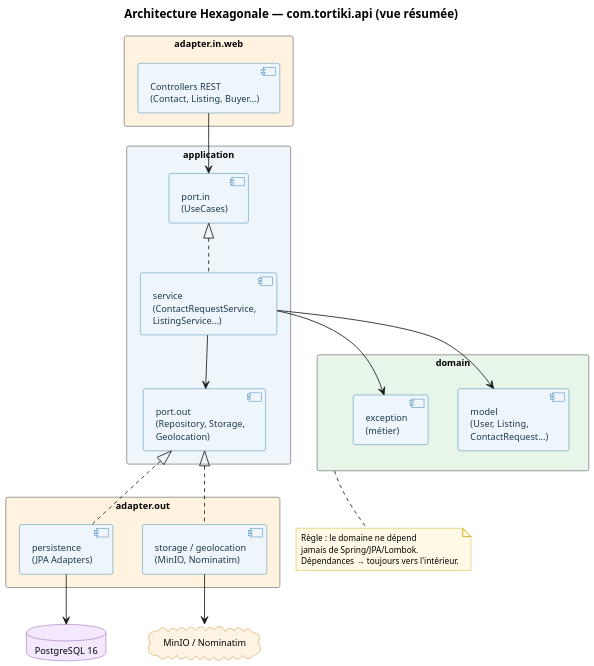
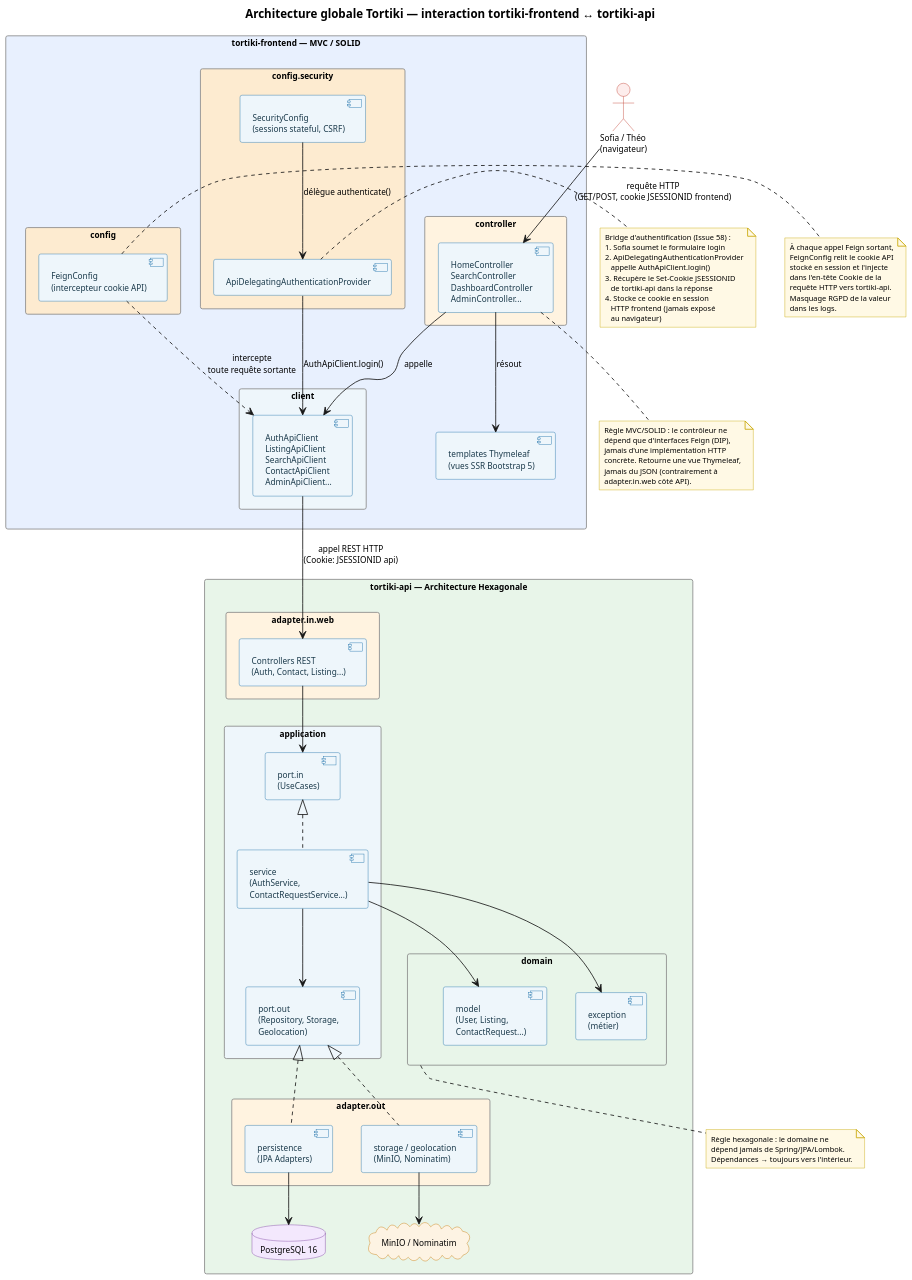
One commit to jferminh/tortiki-api changed the diagram in docs/Architecture_Hexagonale_Tortiki.puml. Above: the diagram before and after it, drawn with PlantUML.

Commit message:
docs(cda): reconstruit le diagramme PlantUML architecture globale
- Renomme Architecture_Hexagonale_Tortiki en Architecture_Globale_Tortiki
- Ajoute package tortiki-frontend (controller, config.security, client,
  config, templates) en vue MVC/SOLID
- Conserve intégralement la vue hexagonale existante de tortiki-api
- Modélise le pont d'authentification ApiDelegatingAuthenticationProvider
  -> AuthApiClient.login() -> CtrlWeb avec récupération du Set-Cookie
- Modélise FeignConfig comme intercepteur transverse (relation ..>)
  propageant le cookie de session API vers tous les FeignClient
- Passe en A4 paysage pour accueillir les deux architectures
- Ajoute notes explicatives sur les deux règles de dépendance
  (hexagonale vs MVC/SOLID)

Refs: dossier-cda-section-5-4, issue-58

```diff
--- a/docs/Architecture_Hexagonale_Tortiki.puml
+++ b/docs/Architecture_Hexagonale_Tortiki.puml
@@ -1,80 +1,154 @@
-@startuml Architecture_Hexagonale_Tortiki
-'== Mise en page A4 portrait ==
-skinparam pageWidth 210mm
+@startuml Architecture_Globale_Tortiki
+'== Mise en page A4 paysage pour les deux systèmes ==
+skinparam pageWidth 297mm
 skinparam pageMargin 10
 skinparam dpi 150
-scale max 800 width
+scale max 1100 width
 
 skinparam backgroundColor #FFFFFF
-skinparam defaultFontSize 11
+skinparam defaultFontSize 10
 skinparam packageStyle rectangle
 skinparam shadowing false
 
 skinparam component {
   BackgroundColor #EEF6FB
   BorderColor #1B6FA8
   FontColor #1B3A4B
-  FontSize 11
+  FontSize 10
 }
 skinparam package {
   BackgroundColor #FBFBFB
   BorderColor #888888
   FontStyle bold
-  FontSize 12
+  FontSize 11
 }
 skinparam database {
   BackgroundColor #F3E8FD
   BorderColor #7B3FA0
 }
 skinparam cloud {
   BackgroundColor #FDF3E3
   BorderColor #C77700
 }
+skinparam actor {
+  BackgroundColor #FDEDEC
+  BorderColor #C0392B
+}
 skinparam note {
   BackgroundColor #FFF9E5
   BorderColor #C7A600
-  FontSize 10
+  FontSize 9
 }
 
-title Architecture Hexagonale — com.tortiki.api (vue résumée)
+title Architecture globale Tortiki — interaction tortiki-frontend ↔ tortiki-api
 
-package "adapter.in.web" as IN #FFF3E0 {
-  [Controllers REST\n(Contact, Listing, Buyer...)] as CtrlWeb
+actor "Sofia / Théo\n(navigateur)" as User
+
+'==================== FRONTEND ====================
+package "tortiki-frontend — MVC / SOLID" as FRONT #E8F0FE {
+
+  package "controller" as CTRL #FFF3E0 {
+    [HomeController\nSearchController\nDashboardController\nAdminController...] as Ctrl
+  }
+
+  package "config.security" as SEC #FDEBD0 {
+    [SecurityConfig\n(sessions stateful, CSRF)] as SecCfg
+    [ApiDelegatingAuthenticationProvider] as AuthProvider
+  }
+
+  package "client" as CLIENT #EEF6FB {
+    [AuthApiClient\nListingApiClient\nSearchApiClient\nContactApiClient\nAdminApiClient...] as FeignClients
+  }
+
+  package "config" as CFG #FDEBD0 {
+    [FeignConfig\n(intercepteur cookie API)] as FeignCfg
+  }
+
+  [templates Thymeleaf\n(vues SSR Bootstrap 5)] as Views
+
+  Ctrl --> FeignClients : appelle
+  Ctrl --> Views : résout
+  SecCfg --> AuthProvider : délègue authenticate()
+  AuthProvider --> FeignClients : AuthApiClient.login()
+  FeignCfg ..> FeignClients : intercepte\ntoute requête sortante
 }
 
-package "application" as APP #EEF6FB {
-  [port.in\n(UseCases)] as PortIn
-  [service\n(ContactRequestService,\nListingService...)] as Svc
-  [port.out\n(Repository, Storage,\nGeolocation)] as PortOut
+'==================== BACKEND ====================
+package "tortiki-api — Architecture Hexagonale" as API #E8F5E9 {
+
+  package "adapter.in.web" as IN #FFF3E0 {
+    [Controllers REST\n(Auth, Contact, Listing...)] as CtrlWeb
+  }
+
+  package "application" as APP #EEF6FB {
+    [port.in\n(UseCases)] as PortIn
+    [service\n(AuthService,\nContactRequestService...)] as Svc
+    [port.out\n(Repository, Storage,\nGeolocation)] as PortOut
+  }
+
+  package "domain" as DOM #E8F5E9 {
+    [model\n(User, Listing,\nContactRequest...)] as Model
+    [exception\n(métier)] as Exc
+  }
+
+  package "adapter.out" as OUT #FFF3E0 {
+    [persistence\n(JPA Adapters)] as Persist
+    [storage / geolocation\n(MinIO, Nominatim)] as ExtAdapt
+  }
+
+  database "PostgreSQL 16" as PG
+  cloud "MinIO / Nominatim" as EXT
+
+  CtrlWeb --> PortIn
+  PortIn <|.. Svc
+  Svc --> PortOut
+  Svc --> Model
+  Svc --> Exc
+  PortOut <|.. Persist
+  PortOut <|.. ExtAdapt
+  Persist --> PG
+  ExtAdapt --> EXT
 }
 
-package "domain" as DOM #E8F5E9 {
-  [model\n(User, Listing,\nContactRequest...)] as Model
-  [exception\n(métier)] as Exc
-}
+'==================== INTERACTIONS ====================
+User --> Ctrl : requête HTTP\n(GET/POST, cookie JSESSIONID frontend)
+FeignClients --> CtrlWeb : appel REST HTTP\n(Cookie: JSESSIONID api)
 
-package "adapter.out" as OUT #FFF3E0 {
-  [persistence\n(JPA Adapters)] as Persist
-  [storage / geolocation\n(MinIO, Nominatim)] as ExtAdapt
-}
+note right of AuthProvider
+  Bridge d'authentification (Issue 58) :
+  1. Sofia soumet le formulaire login
+  2. ApiDelegatingAuthenticationProvider
+     appelle AuthApiClient.login()
+  3. Récupère le Set-Cookie JSESSIONID
+     de tortiki-api dans la réponse
+  4. Stocke ce cookie en session
+     HTTP frontend (jamais exposé
+     au navigateur)
+end note
 
-database "PostgreSQL 16" as PG
-cloud "MinIO / Nominatim" as EXT
-
-CtrlWeb --> PortIn
-PortIn <|.. Svc
-Svc --> PortOut
-Svc --> Model
-Svc --> Exc
-PortOut <|.. Persist
-PortOut <|.. ExtAdapt
-Persist --> PG
-ExtAdapt --> EXT
+note right of FeignCfg
+  À chaque appel Feign sortant,
+  FeignConfig relit le cookie API
+  stocké en session et l'injecte
+  dans l'en-tête Cookie de la
+  requête HTTP vers tortiki-api.
+  Masquage RGPD de la valeur
+  dans les logs.
+end note
 
 note bottom of DOM
-  Règle : le domaine ne dépend
-  jamais de Spring/JPA/Lombok.
+  Règle hexagonale : le domaine ne
+  dépend jamais de Spring/JPA/Lombok.
   Dépendances → toujours vers l'intérieur.
 end note
 
+note bottom of Ctrl
+  Règle MVC/SOLID : le contrôleur ne
+  dépend que d'interfaces Feign (DIP),
+  jamais d'une implémentation HTTP
+  concrète. Retourne une vue Thymeleaf,
+  jamais du JSON (contrairement à
+  adapter.in.web côté API).
+end note
+
 @enduml
```
